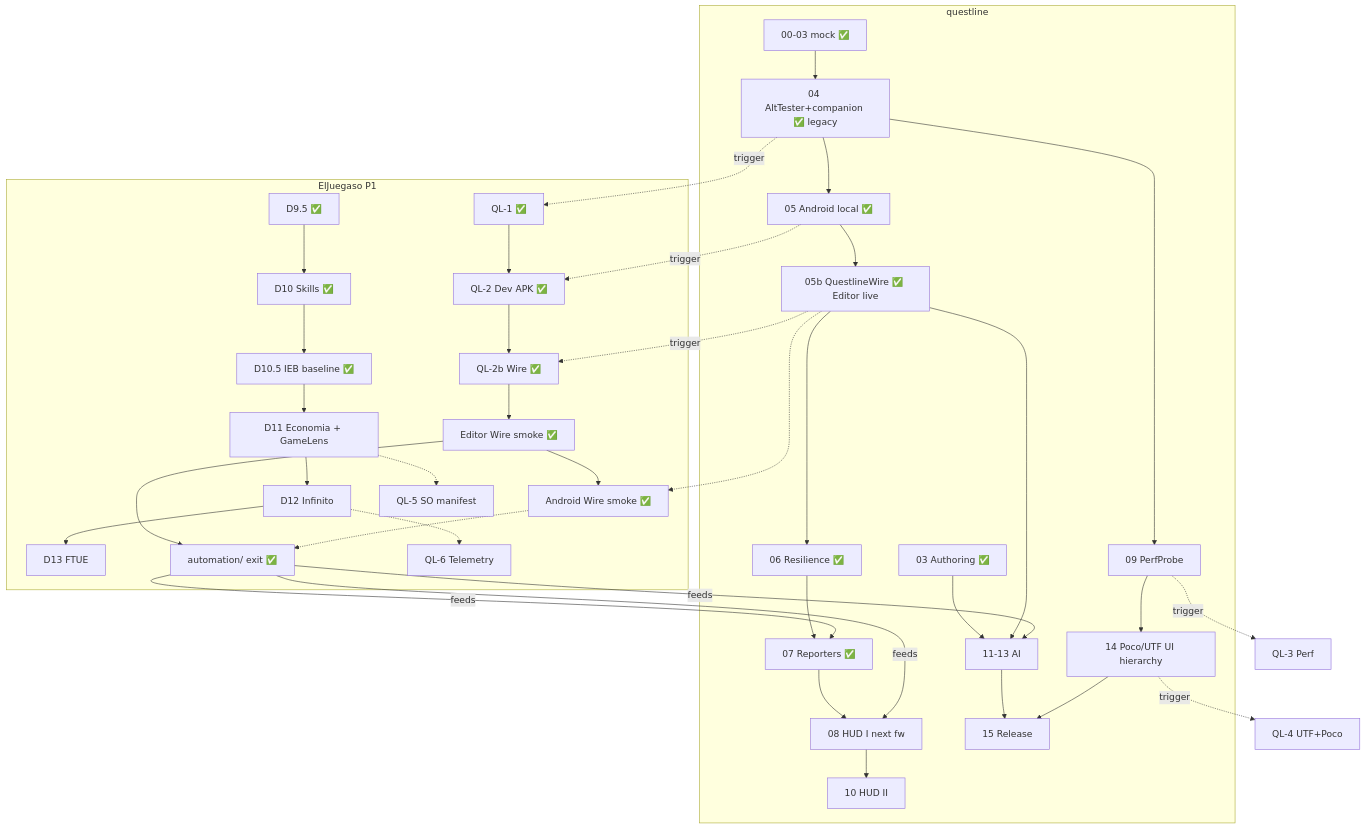
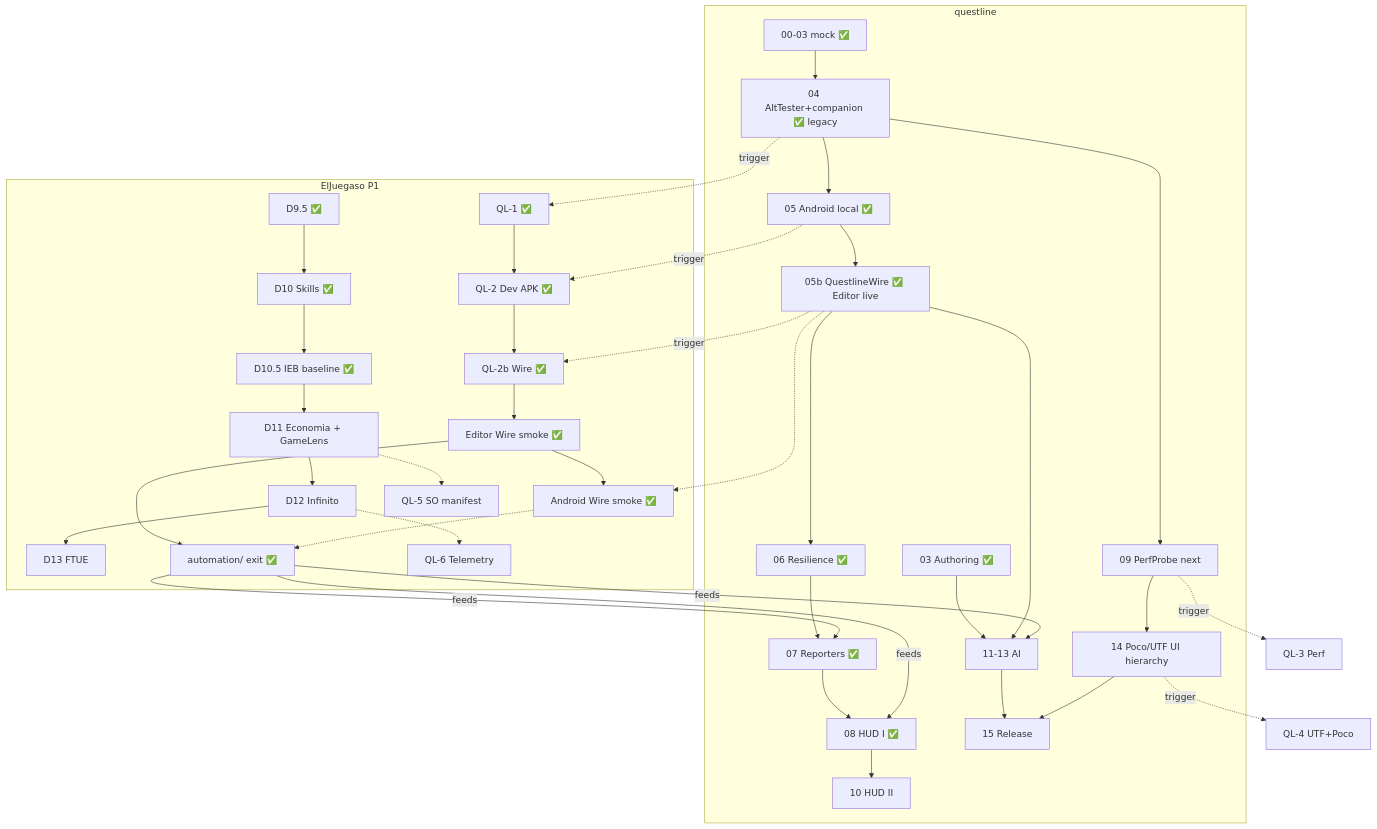
Before and after one commit to Knutronko/questline: the diagram in docs/STATUS-DUAL.md, drawn with Mermaid. The commit also changed other lines of this file and 42 other files, not shown here.

````diff
--- a/docs/STATUS-DUAL.md
+++ b/docs/STATUS-DUAL.md
@@ -98,44 +99,44 @@
 ```mermaid
 flowchart TB
   subgraph QL[questline]
     Q0[00-03 mock ✅] --> Q4[04 AltTester+companion ✅ legacy]
     Q4 --> Q5[05 Android local ✅]
     Q5 --> Q5b[05b QuestlineWire ✅ Editor live]
     Q5b --> Q6[06 Resilience ✅]
     Q6 --> Q7[07 Reporters ✅]
-    Q7 --> Q8[08 HUD I next fw]
-    Q4 --> Q9[09 PerfProbe]
+    Q7 --> Q8[08 HUD I ✅]
+    Q4 --> Q9[09 PerfProbe next]
     Q8 --> Q10[10 HUD II]
     Q3[03 Authoring ✅] --> Q11[11-13 AI]
     Q5b --> Q11
     Q9 --> Q14[14 Poco/UTF UI hierarchy]
     Q11 --> Q15[15 Release]
     Q14 --> Q15
   end
 
   subgraph Game[ElJuegaso P1]
     D95[D9.5 ✅] --> D10[D10 Skills ✅]
     D10 --> D105[D10.5 IEB baseline ✅]
     D105 --> D11[D11 Economia + GameLens]
     D11 --> D12[D12 Infinito]
     D12 --> D13[D13 FTUE]
     QL1[QL-1 ✅] --> QL2[QL-2 Dev APK ✅]
     QL2 --> QL2b[QL-2b Wire ✅]
     QL2b --> LiveEd[Editor Wire smoke ✅]
     LiveEd --> Auto[automation/ exit ✅]
     LiveEd --> LiveAnd[Android Wire smoke ✅]
     LiveAnd -.-> Auto
     D11 -.-> QL5[QL-5 SO manifest]
     D12 -.-> QL6[QL-6 Telemetry]
   end
 
   Q4 -.->|trigger| QL1
   Q5 -.->|trigger| QL2
   Q5b -.->|trigger| QL2b
   Q5b -.-> LiveAnd
   Q9 -.->|trigger| QL3[QL-3 Perf]
   Q14 -.->|trigger| QL4[QL-4 UTF+Poco]
   Auto -->|feeds| Q7
   Auto -->|feeds| Q8
   Auto -->|feeds| Q11
 ```
````
